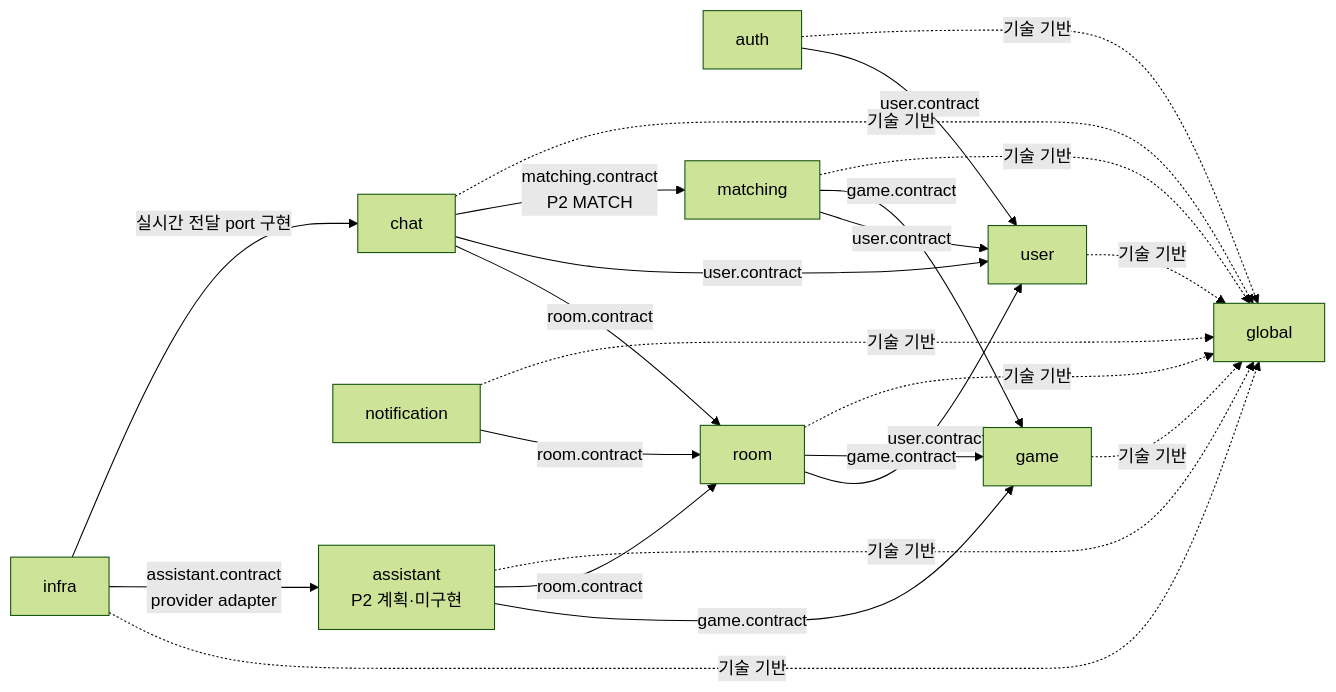
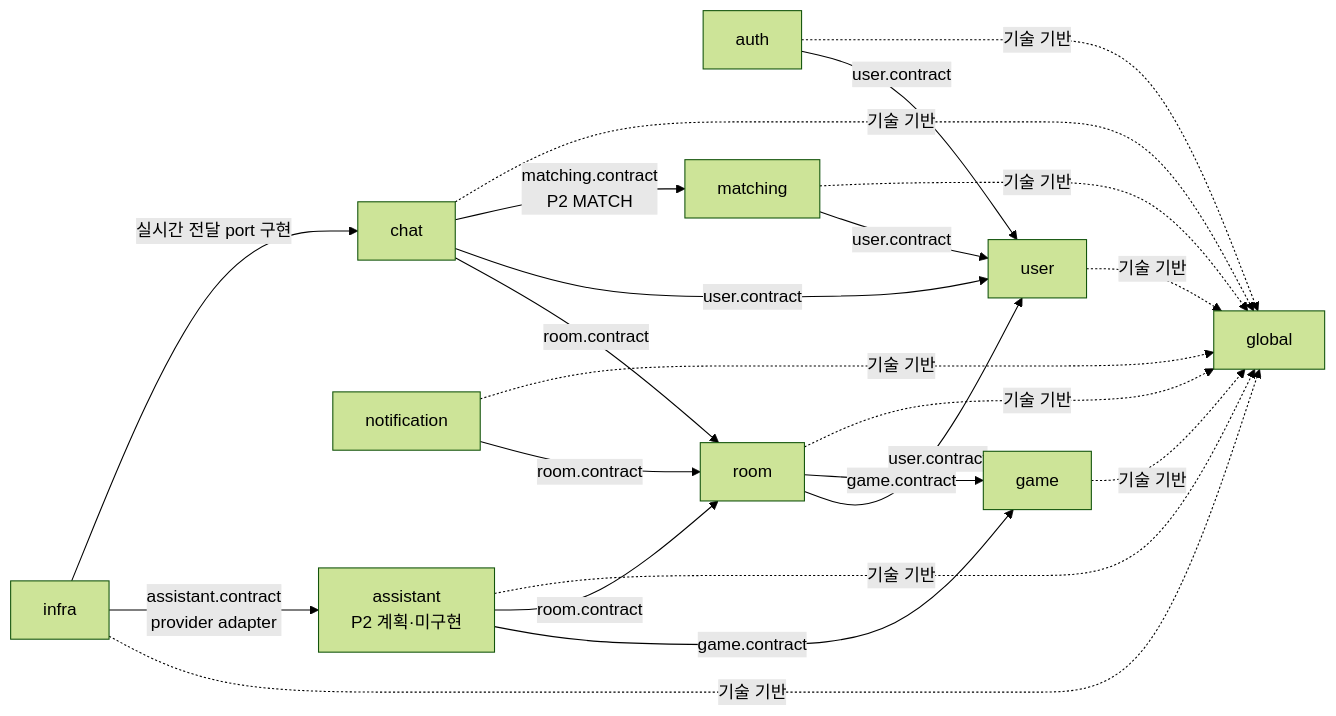
The first of 9 diagrams in docs/ARCHITECTURE.md (bamsongi-club/albam-mate), drawn with Mermaid (forest theme) before and after one commit. The commit also changed other lines of this file and 10 other files, not shown here.

````diff
--- a/docs/ARCHITECTURE.md
+++ b/docs/ARCHITECTURE.md
@@ -53,26 +53,25 @@
 ```mermaid
 flowchart LR
     auth["auth"] -->|"user.contract"| user["user"]
     room["room"] -->|"user.contract"| user
     room -->|"game.contract"| game["game"]
     chat["chat"] -->|"room.contract"| room
     chat -->|"user.contract"| user
     notification["notification"] -->|"room.contract"| room
     assistant["assistant<br/>P2 계획·미구현"] -->|"game.contract"| game
     assistant -->|"room.contract"| room
     matching["matching"] -->|"user.contract"| user
-    matching -->|"game.contract"| game
     chat -->|"matching.contract<br/>P2 MATCH"| matching
 
     auth -.->|"기술 기반"| global["global"]
     user -.->|"기술 기반"| global
     game -.->|"기술 기반"| global
     room -.->|"기술 기반"| global
     chat -.->|"기술 기반"| global
     notification -.->|"기술 기반"| global
     assistant -.->|"기술 기반"| global
     matching -.->|"기술 기반"| global
     infra["infra"] -.->|"기술 기반"| global
     infra -->|"assistant.contract<br/>provider adapter"| assistant
     infra -->|"실시간 전달 port 구현"| chat
 ```
````
